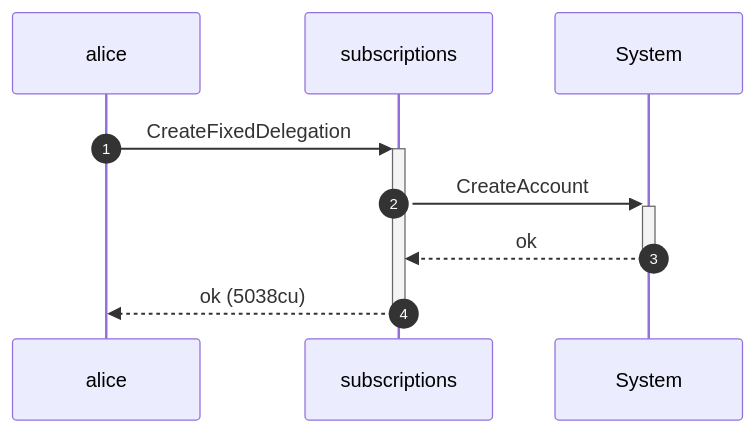
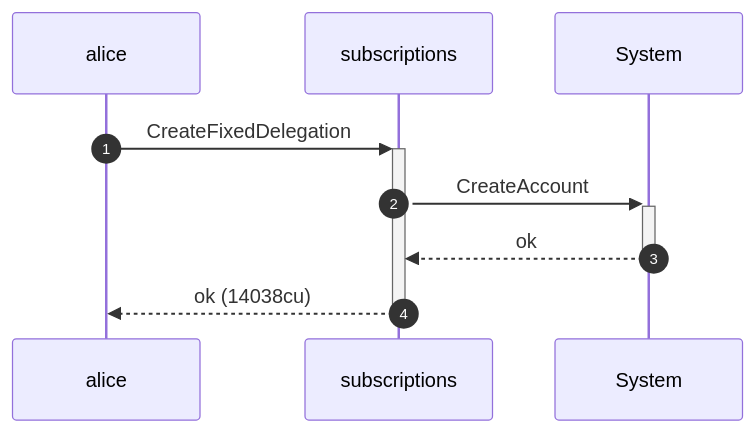
One commit to cds-rs/subscriptions changed the sixth of 12 diagrams in dsl_tests/fixed-transfer-rejects-a-non-canonical-source.md. Above: the diagram before and after it, drawn with Mermaid. The commit also changed other lines of this file and 224 other files, not shown here.

````diff
--- a/dsl_tests/fixed-transfer-rejects-a-non-canonical-source.md
+++ b/dsl_tests/fixed-transfer-rejects-a-non-canonical-source.md
@@ -116,11 +122,11 @@
 ```mermaid
 sequenceDiagram
     autonumber
     participant alice
     participant subscriptions
     participant System
     alice ->>+ subscriptions: CreateFixedDelegation
     subscriptions ->>+ System: CreateAccount
     System -->>- subscriptions: ok
-    subscriptions -->>- alice: ok (5038cu)
+    subscriptions -->>- alice: ok (14038cu)
 ```
````
